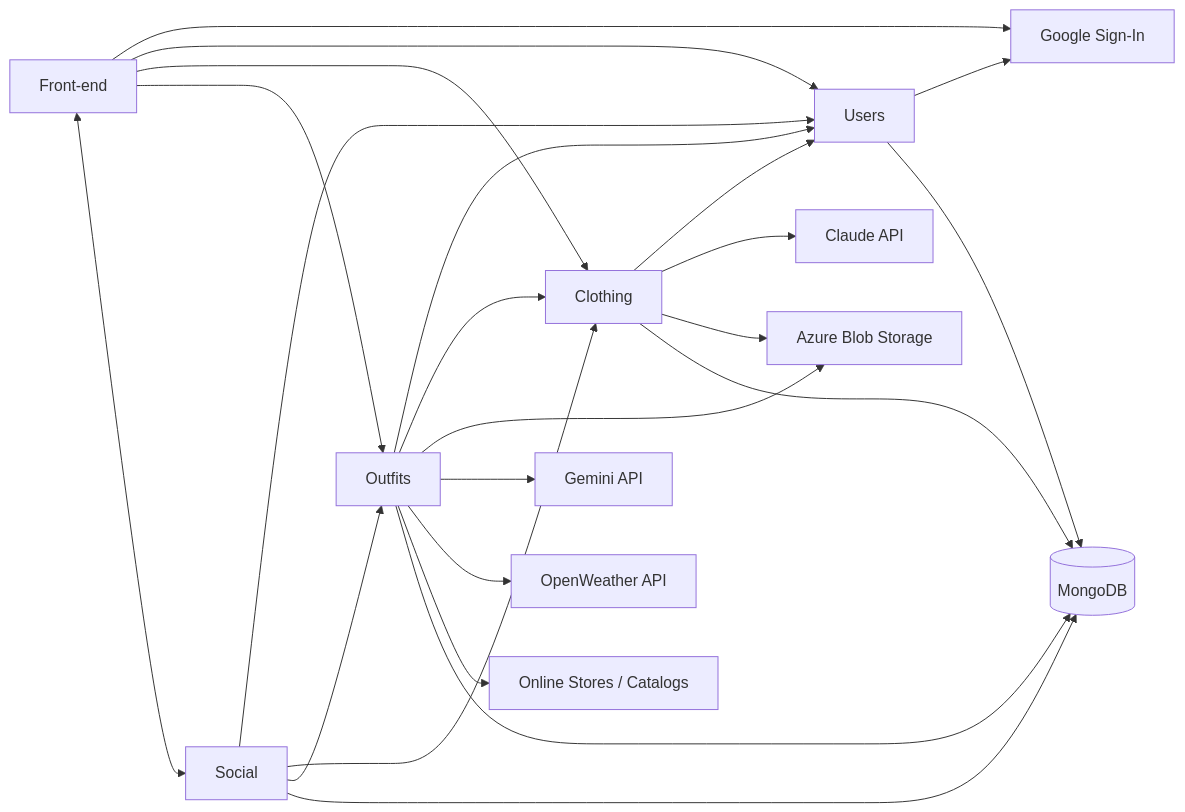
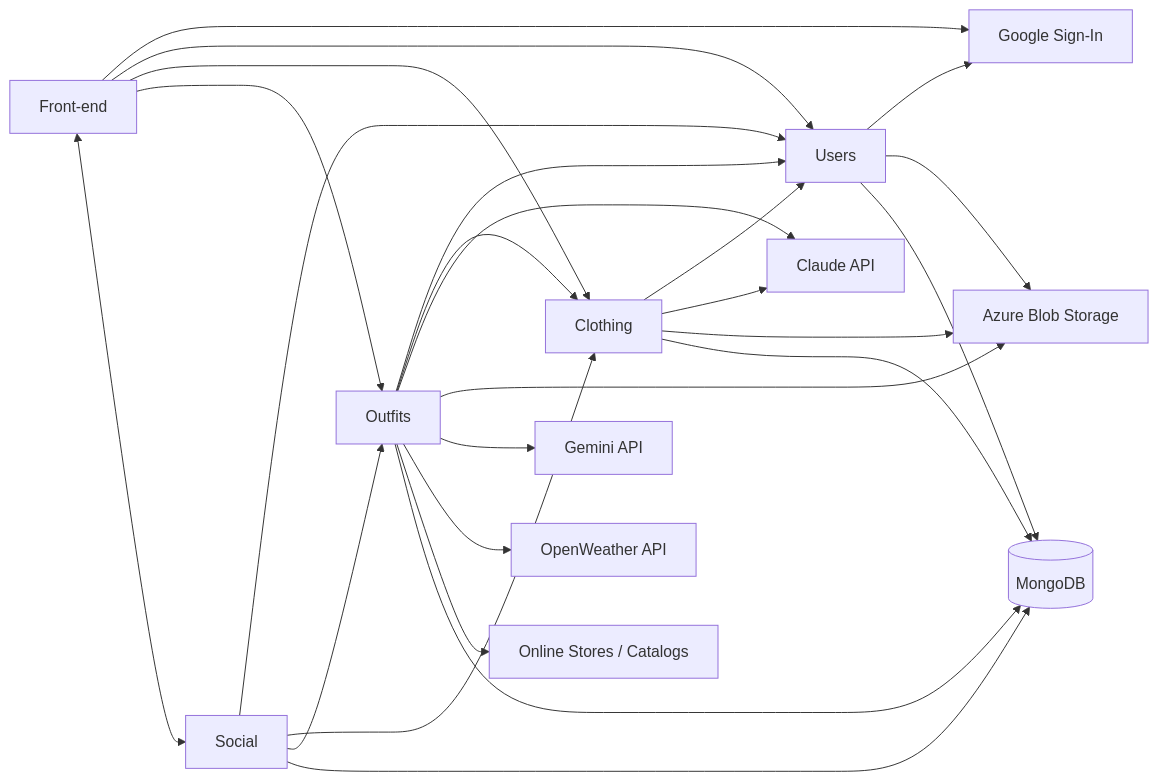
The first of 6 diagrams in documentation/Requirements_and_Design.md (evannawfal/fabricate), drawn with Mermaid before and after one commit. The commit also changed other lines of this file, not shown here.

````diff
--- a/documentation/Requirements_and_Design.md
+++ b/documentation/Requirements_and_Design.md
@@ -324,42 +342,44 @@
 ```mermaid
 flowchart LR
     FE[Front-end]
     US[Users]
     CL[Clothing]
     OU[Outfits]
     SO[Social]
     DB[(MongoDB)]
     GS[Google Sign-In]
     CA[Claude API]
     AZ[Azure Blob Storage]
     GE[Gemini API]
     WE[OpenWeather API]
     ST[Online Stores / Catalogs]
 
     FE --> GS
     FE --> US
     FE --> CL
     FE --> OU
     FE <--> SO
 
     CL --> US
     OU --> US
     SO --> US
 
     OU --> CL
     SO --> CL
     SO --> OU
 
     US --> GS
+    US --> AZ
     CL --> CA
     CL --> AZ
+    OU --> CA
     OU --> AZ
     OU --> GE
     OU --> WE
     OU --> ST
 
     US --> DB
     CL --> DB
     OU --> DB
     SO --> DB
 ```
````
